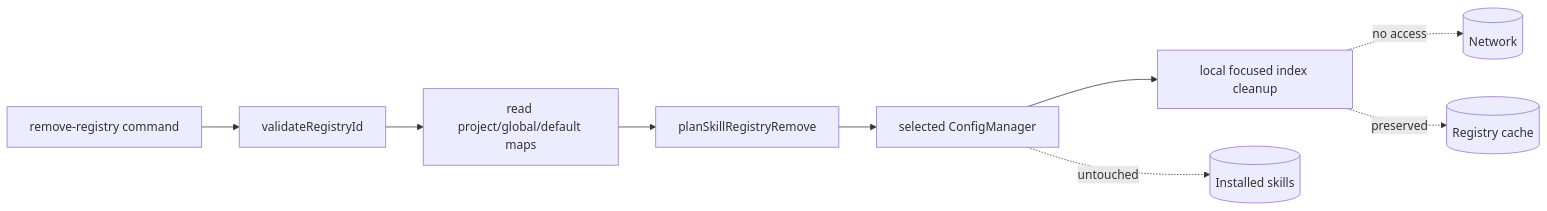
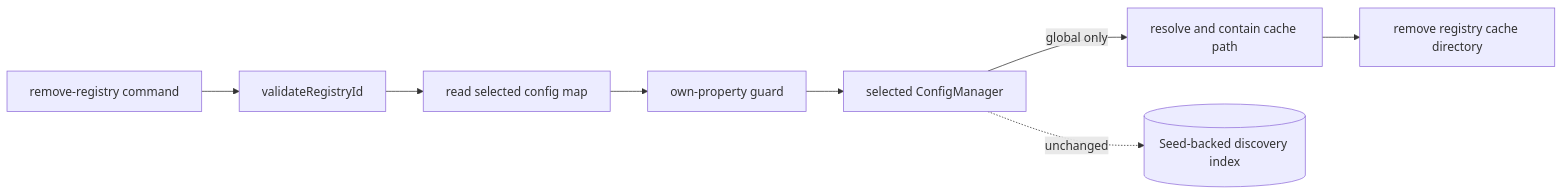
Before and after one commit to codeaholicguy/ai-devkit: the diagram in docs/ai/design/2026-08-22-feature-skill-remove-registry.md, drawn with Mermaid. The commit also changed other lines of this file and 14 other files, not shown here.

````diff
--- a/docs/ai/design/2026-08-22-feature-skill-remove-registry.md
+++ b/docs/ai/design/2026-08-22-feature-skill-remove-registry.md
@@ -11,11 +11,10 @@
 ```mermaid
 flowchart LR
   CLI[remove-registry command] --> Validate[validateRegistryId]
-  Validate --> Read[read project/global/default maps]
-  Read --> Plan[planSkillRegistryRemove]
-  Plan --> Config[selected ConfigManager]
-  Config --> Index[local focused index cleanup]
-  Index -. no access .-> Network[(Network)]
-  Index -. preserved .-> Cache[(Registry cache)]
-  Config -. untouched .-> Installs[(Installed skills)]
+  Validate --> Read[read selected config map]
+  Read --> Guard[own-property guard]
+  Guard --> Config[selected ConfigManager]
+  Config -->|global only| Contain[resolve and contain cache path]
+  Contain --> Cache[remove registry cache directory]
+  Config -. unchanged .-> Index[(Seed-backed discovery index)]
 ```
````
